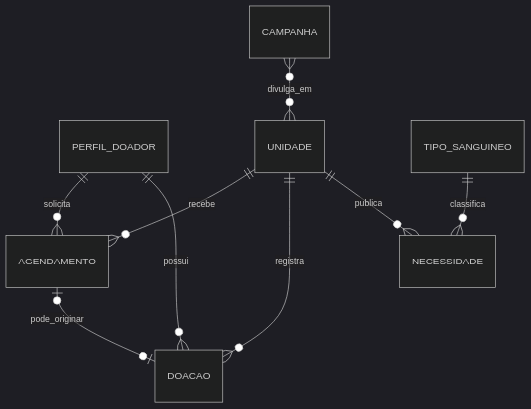
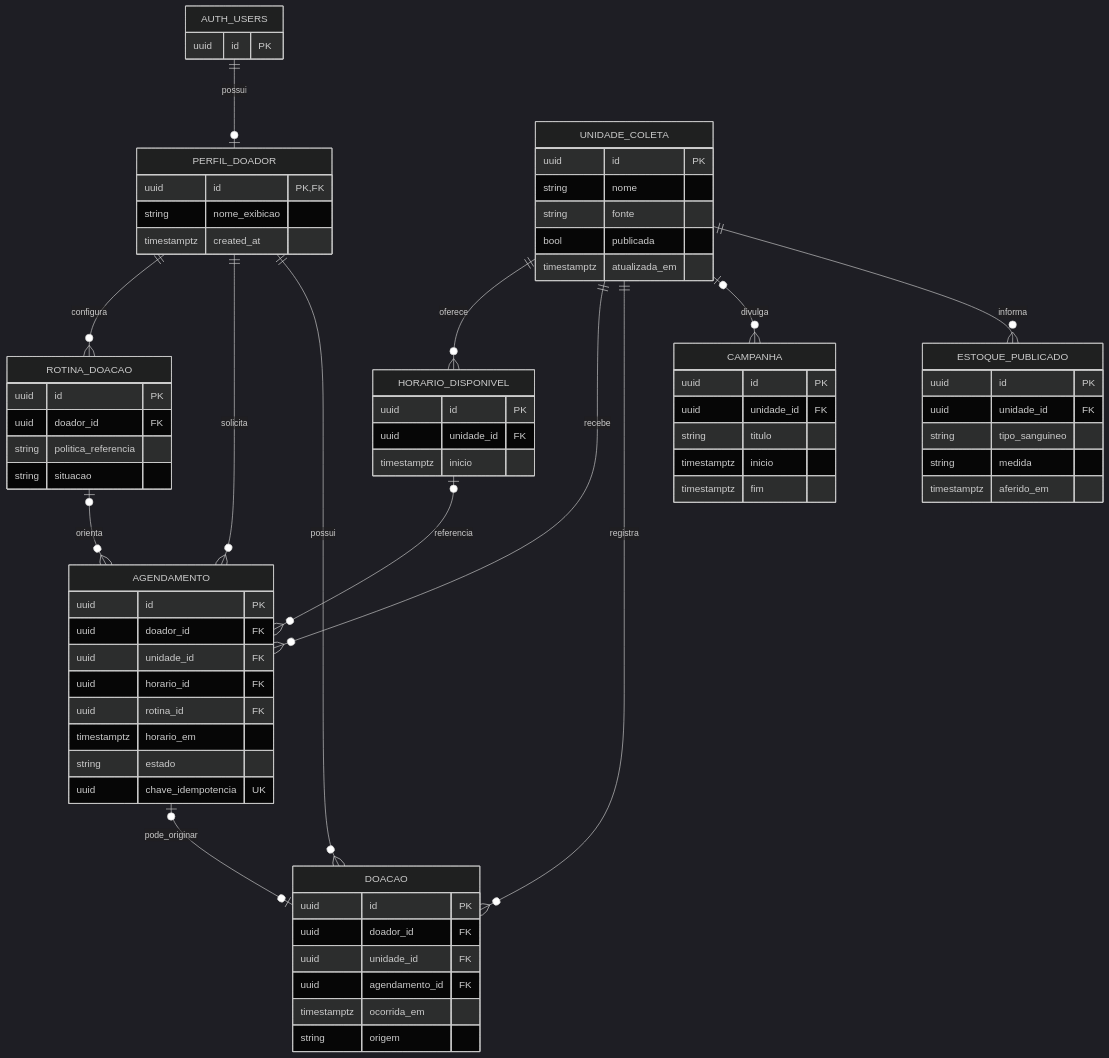
The second of 2 diagrams in docs/05-modelo-de-dominio.md (KatiaSato/Doe_Sangue), drawn with Mermaid (dark theme) before and after one commit. The commit also changed other lines of this file and 10 other files, not shown here.

````diff
--- a/docs/05-modelo-de-dominio.md
+++ b/docs/05-modelo-de-dominio.md
@@ -15,11 +114,74 @@
 ```mermaid
 erDiagram
+    AUTH_USERS ||--o| PERFIL_DOADOR : possui
+    PERFIL_DOADOR ||--o{ ROTINA_DOACAO : configura
     PERFIL_DOADOR ||--o{ AGENDAMENTO : solicita
-    UNIDADE ||--o{ AGENDAMENTO : recebe
+    UNIDADE_COLETA ||--o{ HORARIO_DISPONIVEL : oferece
+    UNIDADE_COLETA ||--o{ AGENDAMENTO : recebe
+    HORARIO_DISPONIVEL o|--o{ AGENDAMENTO : referencia
+    ROTINA_DOACAO o|--o{ AGENDAMENTO : orienta
     PERFIL_DOADOR ||--o{ DOACAO : possui
-    UNIDADE ||--o{ DOACAO : registra
-    TIPO_SANGUINEO ||--o{ NECESSIDADE : classifica
-    UNIDADE ||--o{ NECESSIDADE : publica
-    CAMPANHA }o--o{ UNIDADE : divulga_em
+    UNIDADE_COLETA ||--o{ DOACAO : registra
     AGENDAMENTO o|--o| DOACAO : pode_originar
+    UNIDADE_COLETA o|--o{ CAMPANHA : divulga
+    UNIDADE_COLETA ||--o{ ESTOQUE_PUBLICADO : informa
+
+    AUTH_USERS {
+        uuid id PK
+    }
+    PERFIL_DOADOR {
+        uuid id PK, FK
+        string nome_exibicao
+        timestamptz created_at
+    }
+    UNIDADE_COLETA {
+        uuid id PK
+        string nome
+        string fonte
+        bool publicada
+        timestamptz atualizada_em
+    }
+    HORARIO_DISPONIVEL {
+        uuid id PK
+        uuid unidade_id FK
+        timestamptz inicio
+    }
+    ROTINA_DOACAO {
+        uuid id PK
+        uuid doador_id FK
+        string politica_referencia
+        string situacao
+    }
+    AGENDAMENTO {
+        uuid id PK
+        uuid doador_id FK
+        uuid unidade_id FK
+        uuid horario_id FK
+        uuid rotina_id FK
+        timestamptz horario_em
+        string estado
+        uuid chave_idempotencia UK
+    }
+    DOACAO {
+        uuid id PK
+        uuid doador_id FK
+        uuid unidade_id FK
+        uuid agendamento_id FK
+        timestamptz ocorrida_em
+        string origem
+    }
+    CAMPANHA {
+        uuid id PK
+        uuid unidade_id FK
+        string titulo
+        timestamptz inicio
+        timestamptz fim
+    }
+    ESTOQUE_PUBLICADO {
+        uuid id PK
+        uuid unidade_id FK
+        string tipo_sanguineo
+        string medida
+        timestamptz aferido_em
+    }
 ```
````
